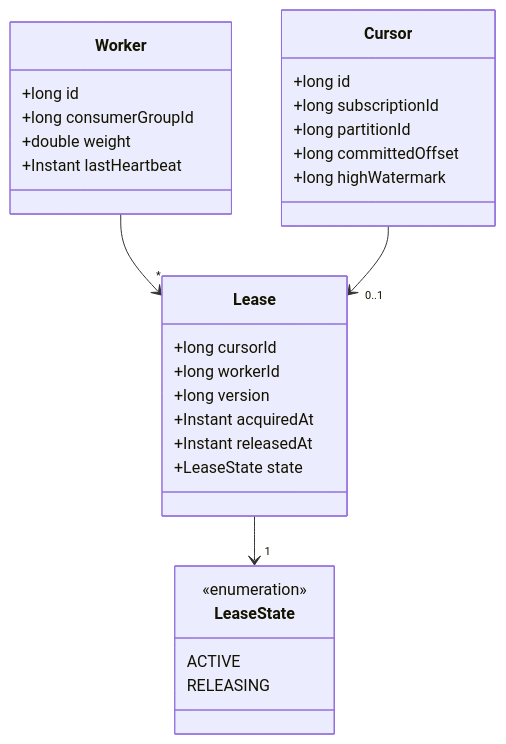
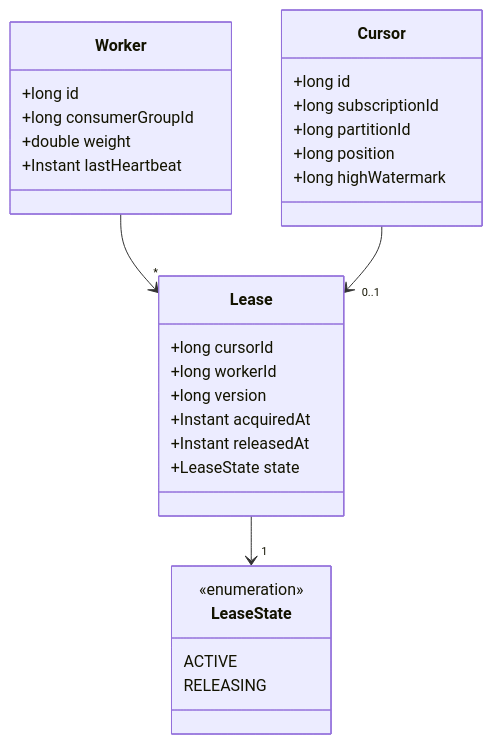
One commit to rbilleci/boxy changed the second of 3 diagrams in README.md. Above: the diagram before and after it, drawn with Mermaid. The commit also changed other lines of this file and 13 other files, not shown here.

````diff
--- a/README.md
+++ b/README.md
@@ -112,32 +112,32 @@
 ```mermaid
 classDiagram
     class Worker {
         +long id
         +long consumerGroupId
         +double weight
         +Instant lastHeartbeat
     }
     class Cursor {
         +long id
         +long subscriptionId
         +long partitionId
-        +long committedOffset
+        +long position
         +long highWatermark
     }
     class Lease {
         +long cursorId
         +long workerId
         +long version
         +Instant acquiredAt
         +Instant releasedAt
         +LeaseState state
     }
     class LeaseState {
         <<enumeration>>
         ACTIVE
         RELEASING
     }
     Worker --> "*" Lease
     Cursor --> "0..1" Lease
     Lease --> "1" LeaseState
 ```
````
